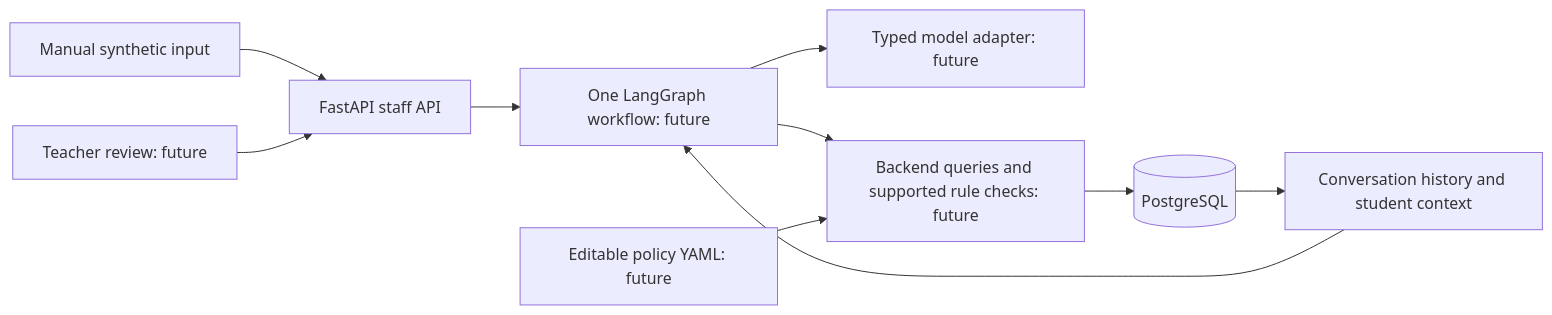
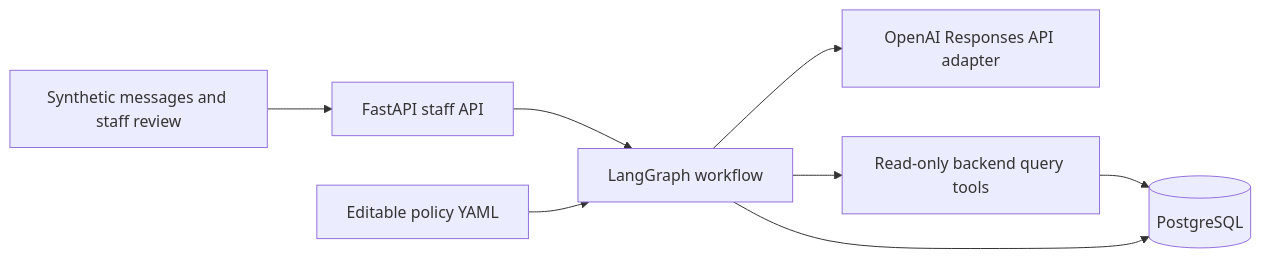
Before and after one commit to manjunjiangclara-cmyk/dance-studio-agent: the diagram in docs/04-architecture.md, drawn with Mermaid. The commit also changed other lines of this file and 71 other files, not shown here.

````diff
--- a/docs/04-architecture.md
+++ b/docs/04-architecture.md
@@ -38,12 +7,10 @@
 ```mermaid
 flowchart LR
-    S[Manual synthetic input] --> A[FastAPI staff API]
-    T[Teacher review: future] --> A
-    A --> G[One LangGraph workflow: future]
-    G --> M[Typed model adapter: future]
-    G --> Q[Backend queries and supported rule checks: future]
+    S[Synthetic messages and staff review] --> A[FastAPI staff API]
+    A --> G[LangGraph workflow]
+    G --> M[OpenAI Responses API adapter]
+    G --> Q[Read-only backend query tools]
     Q --> DB[(PostgreSQL)]
-    P[Editable policy YAML: future] --> Q
-    DB --> C[Conversation history and student context]
-    C --> G
+    G --> DB
+    P[Editable policy YAML] --> G
 ```
````
